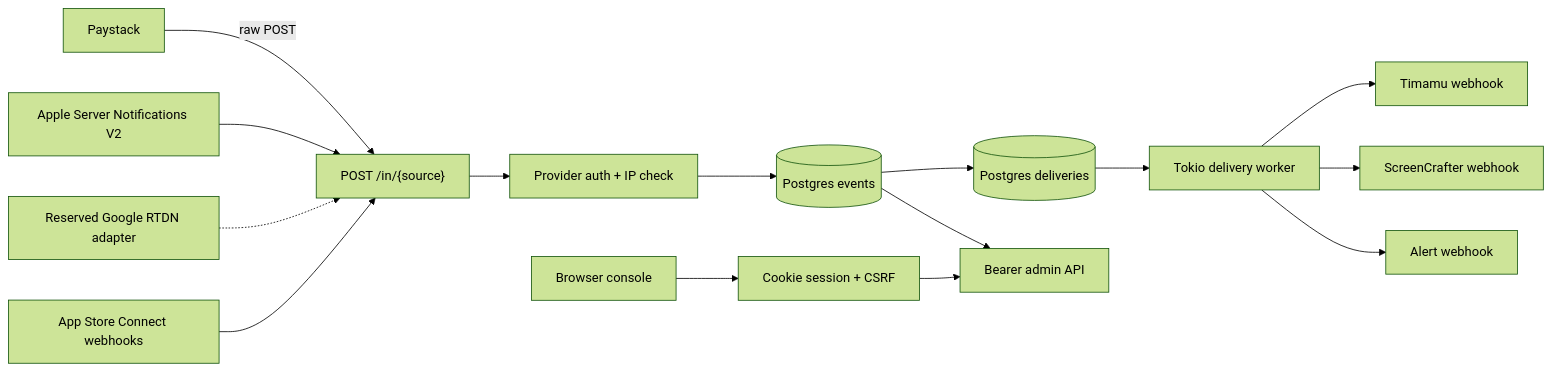
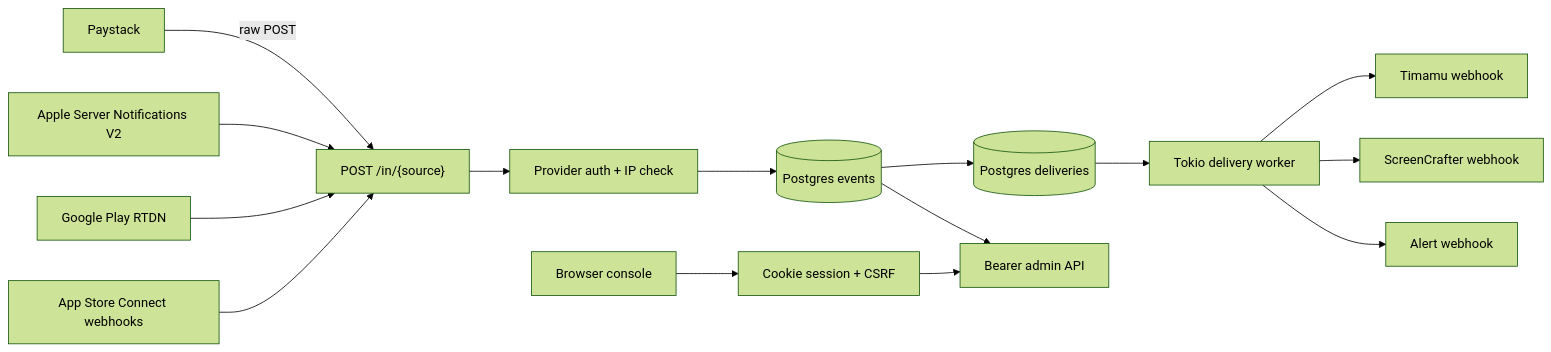
Before and after one commit to vant-labs/paystack-fanout: the diagram in README.md, drawn with Mermaid (forest theme). The commit also changed other lines of this file and 15 other files, not shown here.

First line of the commit message:
feat: add Google Play RTDN source (#10)

````diff
--- a/README.md
+++ b/README.md
@@ -13,17 +13,17 @@
 ```mermaid
 flowchart LR
     P[Paystack] -->|raw POST| I["POST /in/{source}"]
     AS[Apple Server Notifications V2] --> I
-    GP[Reserved Google RTDN adapter] -.-> I
+    GP[Google Play RTDN] --> I
     AC[App Store Connect webhooks] --> I
     I --> V[Provider auth + IP check]
     V --> D[(Postgres events)]
     D --> Q[(Postgres deliveries)]
     Q --> W[Tokio delivery worker]
     W --> T[Timamu webhook]
     W --> S[ScreenCrafter webhook]
     W --> A[Alert webhook]
     D --> AD[Bearer admin API]
     B[Browser console] --> H[Cookie session + CSRF]
     H --> AD
 ```
````
